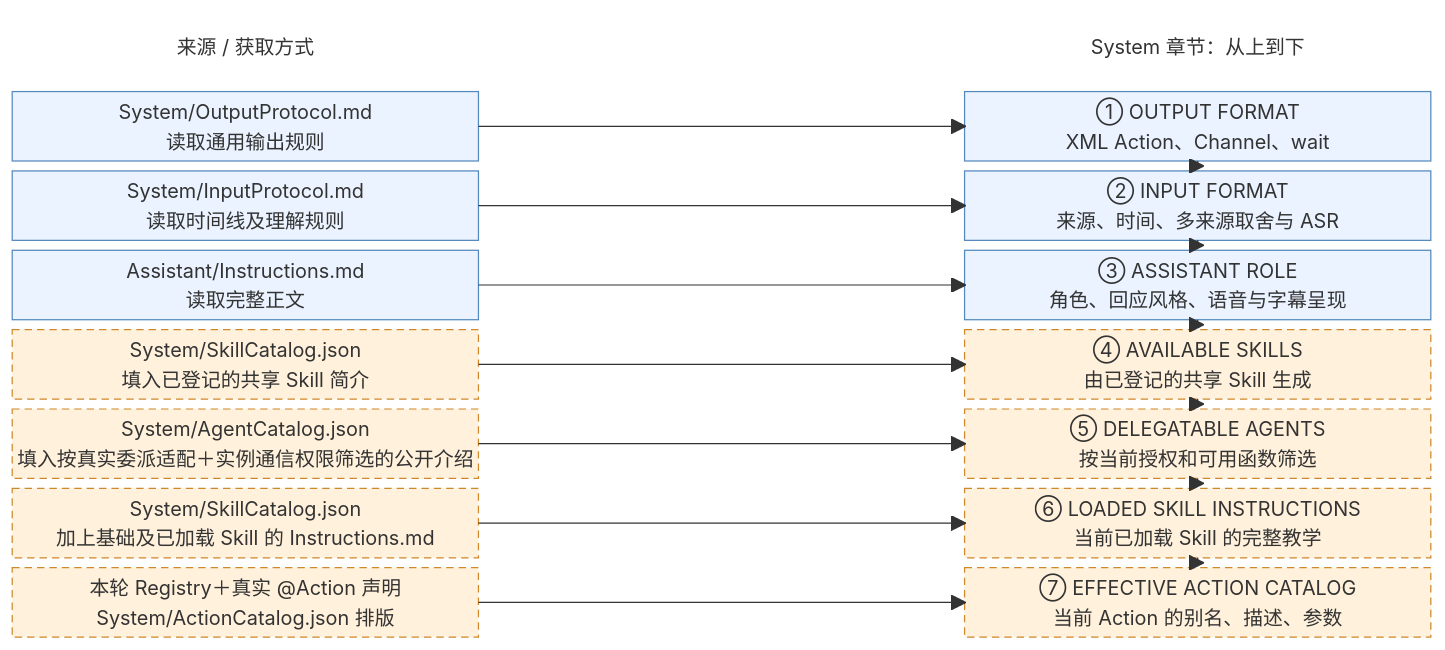
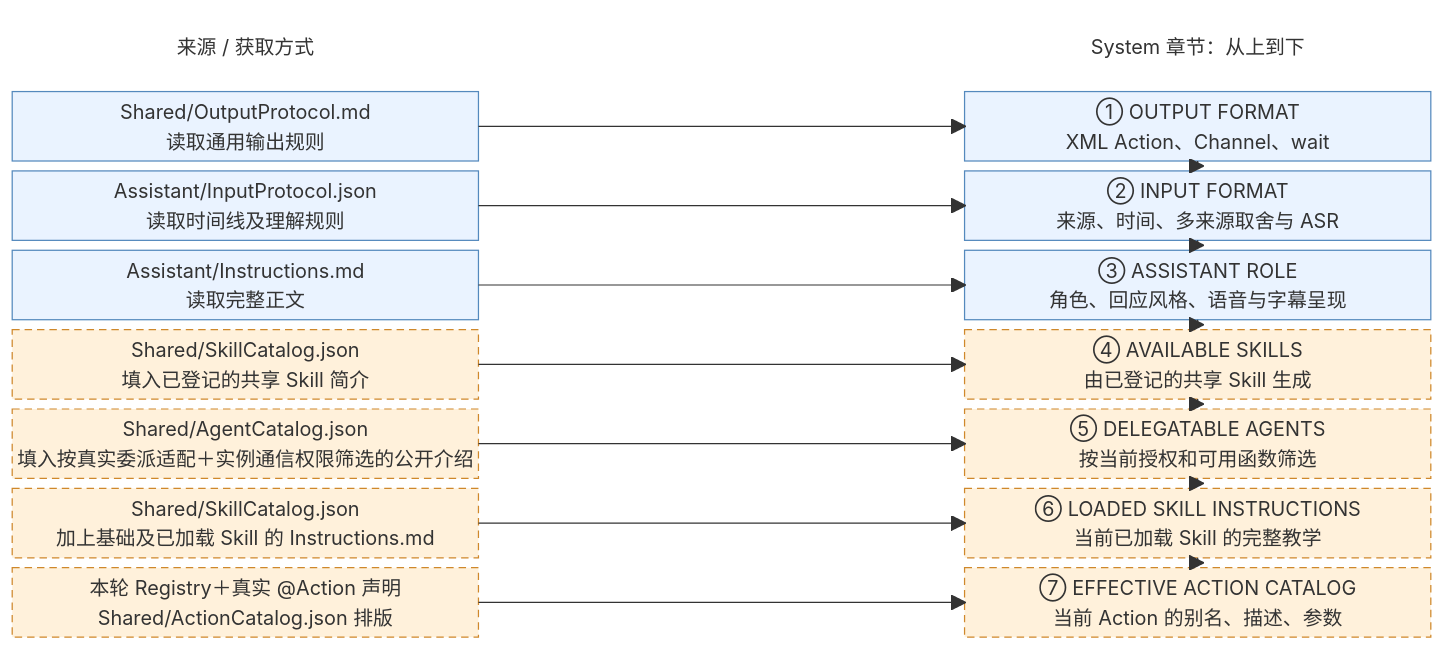
One commit to devilyouwei/MobileHarness changed the third of 3 diagrams in MobileHarness/Agents/Assistant/README.md. Above: the diagram before and after it, drawn with Mermaid. The commit also changed other lines of this file and 152 other files, not shown here.

````diff
--- a/MobileHarness/Agents/Assistant/README.md
+++ b/MobileHarness/Agents/Assistant/README.md
@@ -131,43 +130,43 @@
 ```mermaid
 block-beta
     columns 3
 
     H1["来源 / 获取方式"] space H2["System 章节：从上到下"]
 
-    A["System/OutputProtocol.md<br/>读取通用输出规则"] space S1["① OUTPUT FORMAT<br/>XML Action、Channel、wait"]
+    A["Shared/OutputProtocol.md<br/>读取通用输出规则"] space S1["① OUTPUT FORMAT<br/>XML Action、Channel、wait"]
 
-    Input["System/InputProtocol.md<br/>读取时间线及理解规则"] space S2["② INPUT FORMAT<br/>来源、时间、多来源取舍与 ASR"]
+    Input["Assistant/InputProtocol.json<br/>读取时间线及理解规则"] space S2["② INPUT FORMAT<br/>来源、时间、多来源取舍与 ASR"]
 
     B["Assistant/Instructions.md<br/>读取完整正文"] space S3["③ ASSISTANT ROLE<br/>角色、回应风格、语音与字幕呈现"]
 
-    C["System/SkillCatalog.json<br/>填入已登记的共享 Skill 简介"] space S4["④ AVAILABLE SKILLS<br/>由已登记的共享 Skill 生成"]
+    C["Shared/SkillCatalog.json<br/>填入已登记的共享 Skill 简介"] space S4["④ AVAILABLE SKILLS<br/>由已登记的共享 Skill 生成"]
 
-    D["System/AgentCatalog.json<br/>填入按真实委派适配＋实例通信权限筛选的公开介绍"] space S5["⑤ DELEGATABLE AGENTS<br/>按当前授权和可用函数筛选"]
+    D["Shared/AgentCatalog.json<br/>填入按真实委派适配＋实例通信权限筛选的公开介绍"] space S5["⑤ DELEGATABLE AGENTS<br/>按当前授权和可用函数筛选"]
 
-    E["System/SkillCatalog.json<br/>加上基础及已加载 Skill 的 Instructions.md"] space S6["⑥ LOADED SKILL INSTRUCTIONS<br/>当前已加载 Skill 的完整教学"]
+    E["Shared/SkillCatalog.json<br/>加上基础及已加载 Skill 的 Instructions.md"] space S6["⑥ LOADED SKILL INSTRUCTIONS<br/>当前已加载 Skill 的完整教学"]
 
-    F["本轮 Registry＋真实 @Action 声明<br/>System/ActionCatalog.json 排版"] space S7["⑦ EFFECTIVE ACTION CATALOG<br/>当前 Action 的别名、描述、参数"]
+    F["本轮 Registry＋真实 @Action 声明<br/>Shared/ActionCatalog.json 排版"] space S7["⑦ EFFECTIVE ACTION CATALOG<br/>当前 Action 的别名、描述、参数"]
 
     A --> S1
     Input --> S2
     B --> S3
     C --> S4
     D --> S5
     E --> S6
     F --> S7
 
     S1 --> S2
     S2 --> S3
     S3 --> S4
     S4 --> S5
     S5 --> S6
     S6 --> S7
 
     classDef fixed fill:#eaf3ff,stroke:#5489bd,color:#173c60
     classDef dynamic fill:#fff1db,stroke:#cf882b,color:#65400d,stroke-dasharray:6 4
     classDef heading fill:transparent,stroke:transparent
 
     class A,Input,B,S1,S2,S3 fixed
     class C,D,E,F,S4,S5,S6,S7 dynamic
     class H1,H2 heading
 ```
````
